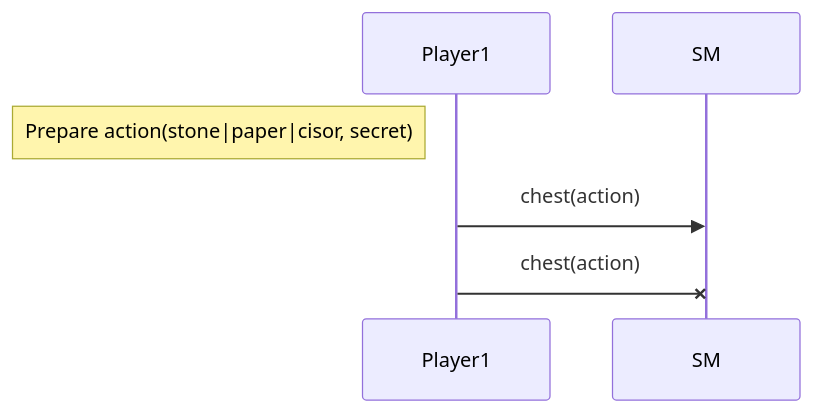
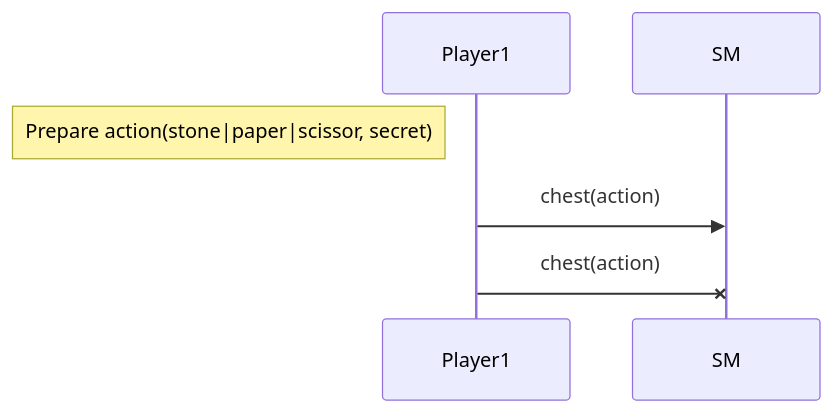
The fifth of 6 diagrams in README.md (ligolang/jsligo-training-dapp-shifumi), drawn with Mermaid before and after one commit. The commit also changed other lines of this file and 6 other files, not shown here.

````diff
--- a/README.md
+++ b/README.md
@@ -181,8 +181,8 @@
 ```mermaid
 sequenceDiagram
   participant Player1
   participant SM
-  Note left of Player1: Prepare action(stone|paper|cisor, secret)
+  Note left of Player1: Prepare action(stone|paper|scissor, secret)
   Player1->>SM: chest(action)
   Player1-xSM: chest(action)
 ```
````
